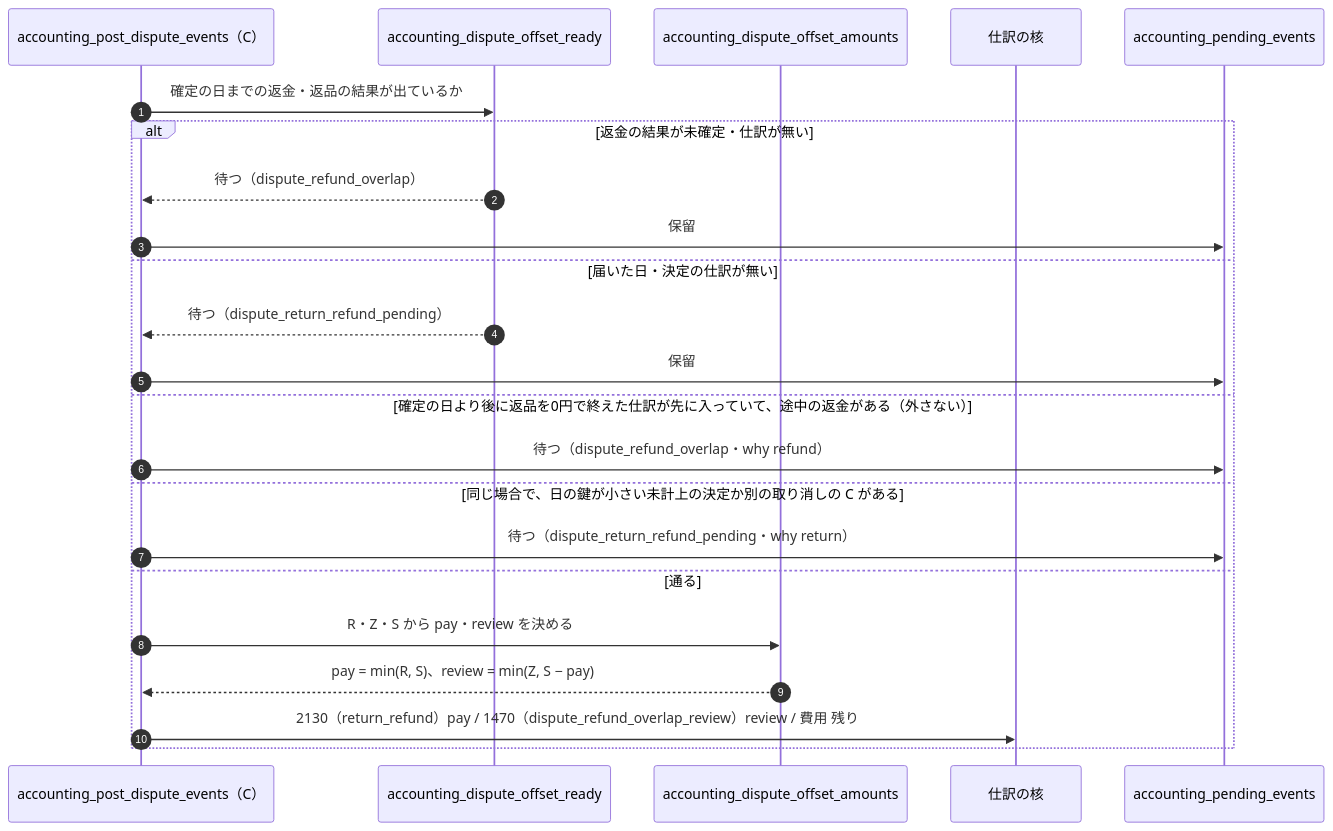
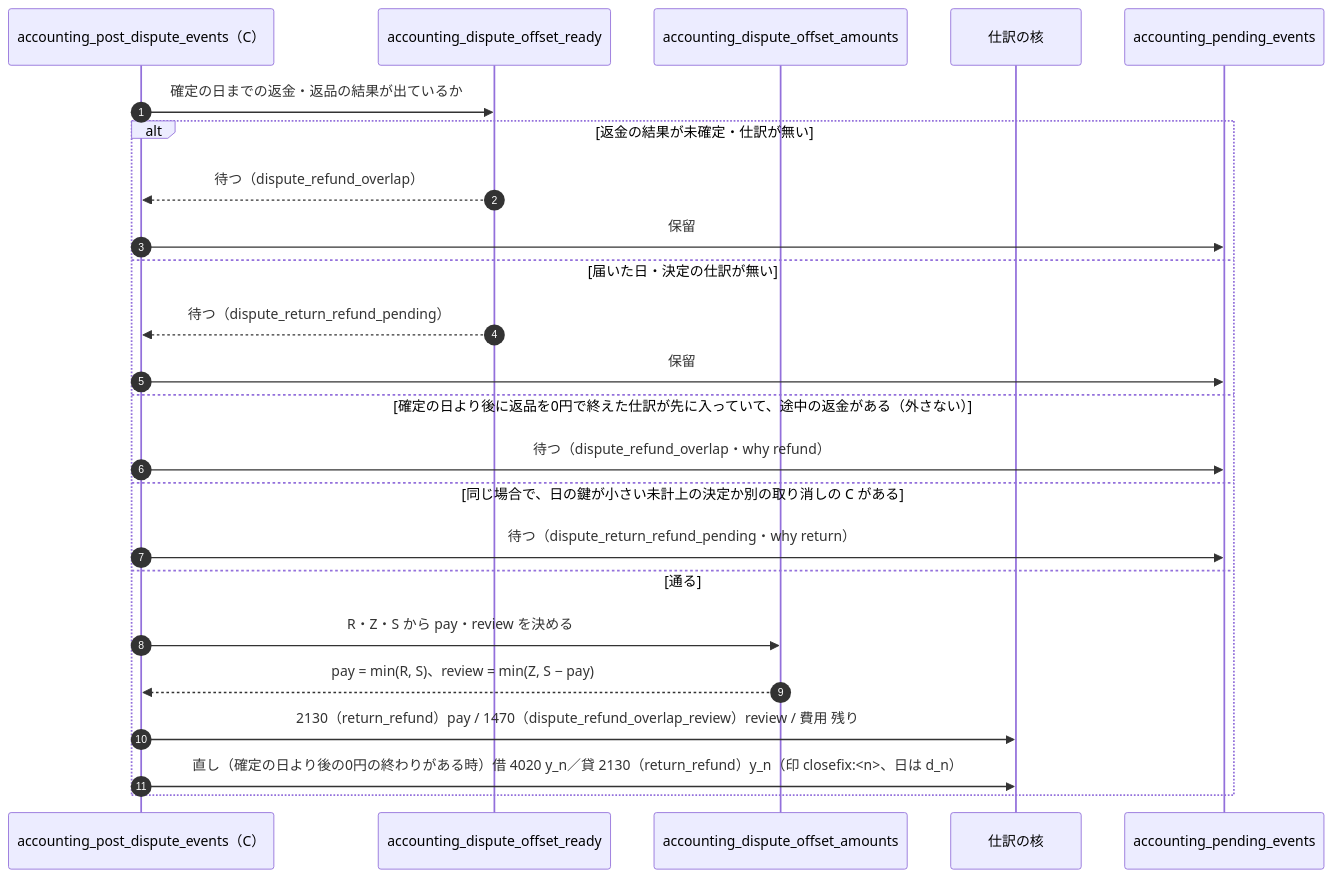
One commit to ChocoWork/o_official changed the seventh of 7 diagrams in docs/04_DetailDesign/sequence/accounting-posting.md. Above: the diagram before and after it, drawn with Mermaid. The commit also changed 6 other files, not shown here.

````diff
--- a/docs/04_DetailDesign/sequence/accounting-posting.md
+++ b/docs/04_DetailDesign/sequence/accounting-posting.md
@@ -261,25 +261,26 @@
 ```mermaid
 sequenceDiagram
   autonumber
   participant D as accounting_post_dispute_events（C）
   participant K as accounting_dispute_offset_ready
   participant A as accounting_dispute_offset_amounts
   participant C as 仕訳の核
   participant Q as accounting_pending_events
   D->>K: 確定の日までの返金・返品の結果が出ているか
   alt 返金の結果が未確定・仕訳が無い
     K-->>D: 待つ（dispute_refund_overlap）
     D->>Q: 保留
   else 届いた日・決定の仕訳が無い
     K-->>D: 待つ（dispute_return_refund_pending）
     D->>Q: 保留
   else 確定の日より後に返品を0円で終えた仕訳が先に入っていて、途中の返金がある（外さない）
     D->>Q: 待つ（dispute_refund_overlap・why refund）
   else 同じ場合で、日の鍵が小さい未計上の決定か別の取り消しの C がある
     D->>Q: 待つ（dispute_return_refund_pending・why return）
   else 通る
     D->>A: R・Z・S から pay・review を決める
     A-->>D: pay = min(R, S)、review = min(Z, S − pay)
     D->>C: 2130（return_refund）pay / 1470（dispute_refund_overlap_review）review / 費用 残り
+    D->>C: 直し（確定の日より後の0円の終わりがある時）借 4020 y_n／貸 2130（return_refund）y_n（印 closefix:<n>、日は d_n）
   end
 ```
````
